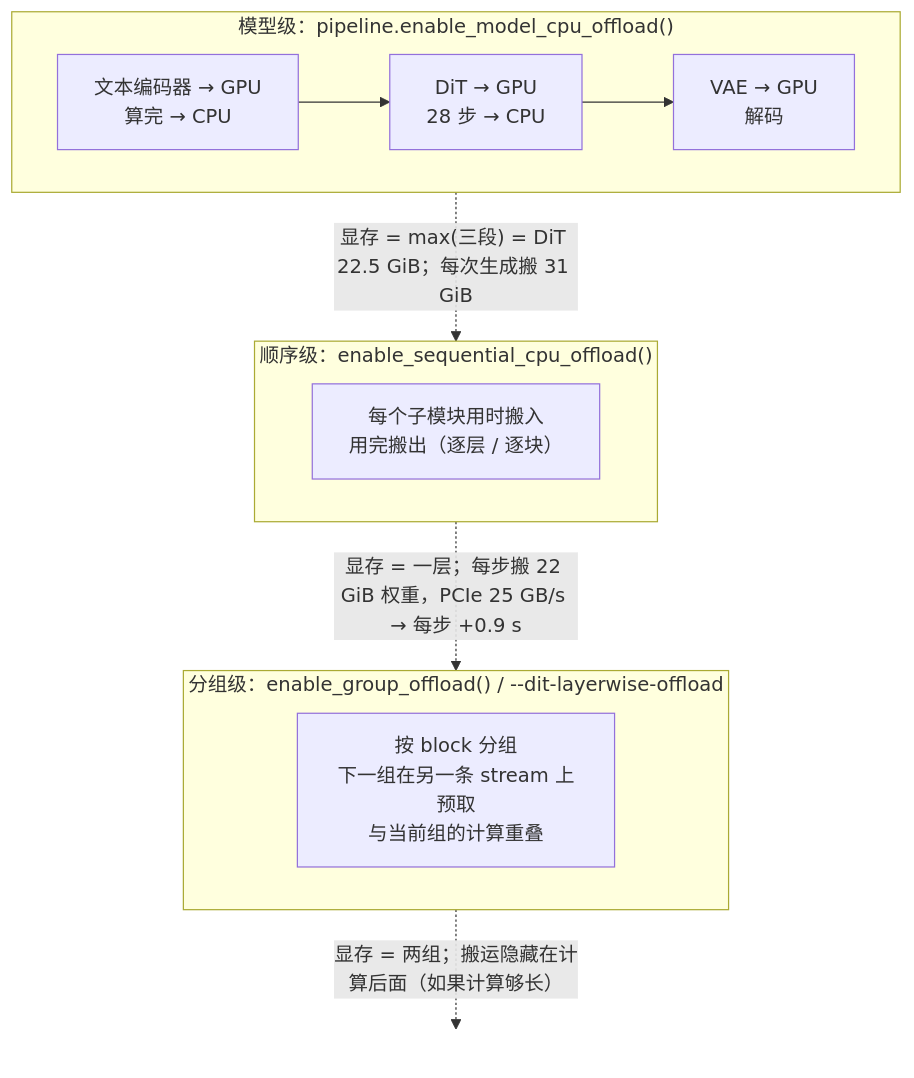
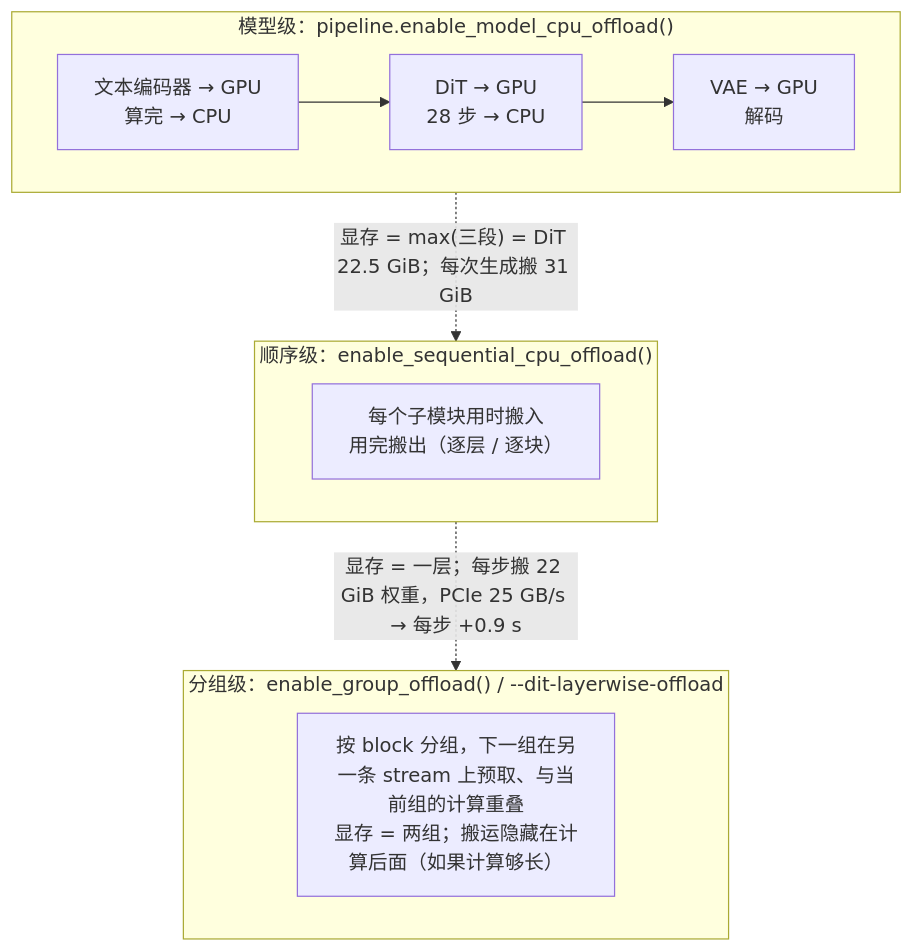
Before and after one commit to arganzheng/arganzheng.github.com: the second of 4 diagrams in _drafts/single-gpu-diffusion-execution-attention-compile-quantization-offload.md, drawn with Mermaid. The commit also changed other lines of this file and 12 other files, not shown here.

Commit message:
扩散模型推理基础设施系列（草稿）：行内公式改 $$、图改纵向、L7 第六篇视频成本按 4LN²d 修正；AGENTS / 备忘录 V2.26

````diff
--- a/_drafts/single-gpu-diffusion-execution-attention-compile-quantization-offload.md
+++ b/_drafts/single-gpu-diffusion-execution-attention-compile-quantization-offload.md
@@ -88,25 +99,22 @@
 ```mermaid
 flowchart TB
     subgraph M["模型级：pipeline.enable_model_cpu_offload()"]
         direction LR
         M1["文本编码器 → GPU
 算完 → CPU"] --> M2["DiT → GPU
 28 步 → CPU"] --> M3["VAE → GPU
 解码"]
     end
     subgraph S["顺序级：enable_sequential_cpu_offload()"]
         direction LR
         S1["每个子模块用时搬入
 用完搬出（逐层 / 逐块）"]
     end
     subgraph G["分组级：enable_group_offload() / --dit-layerwise-offload"]
         direction LR
-        G1["按 block 分组
-下一组在另一条 stream 上预取
-与当前组的计算重叠"]
+        G1["按 block 分组，下一组在另一条 stream 上预取、与当前组的计算重叠
+显存 = 两组；搬运隐藏在计算后面（如果计算够长）"]
     end
     M -. "显存 = max(三段) = DiT 22.5 GiB；每次生成搬 31 GiB" .-> S
     S -. "显存 = 一层；每步搬 22 GiB 权重，PCIe 25 GB/s → 每步 +0.9 s" .-> G
-    G -. "显存 = 两组；搬运隐藏在计算后面（如果计算够长）" .-> END[" "]
-    style END fill:none,stroke:none
 ```
````
